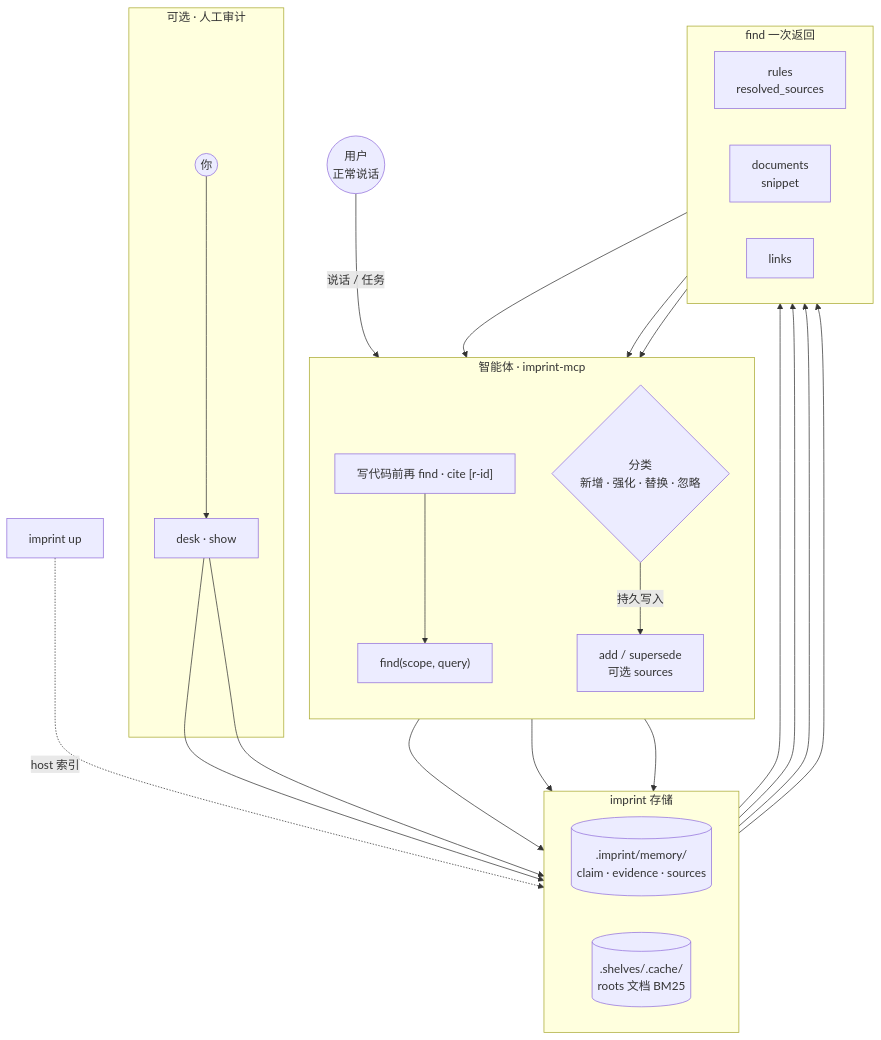
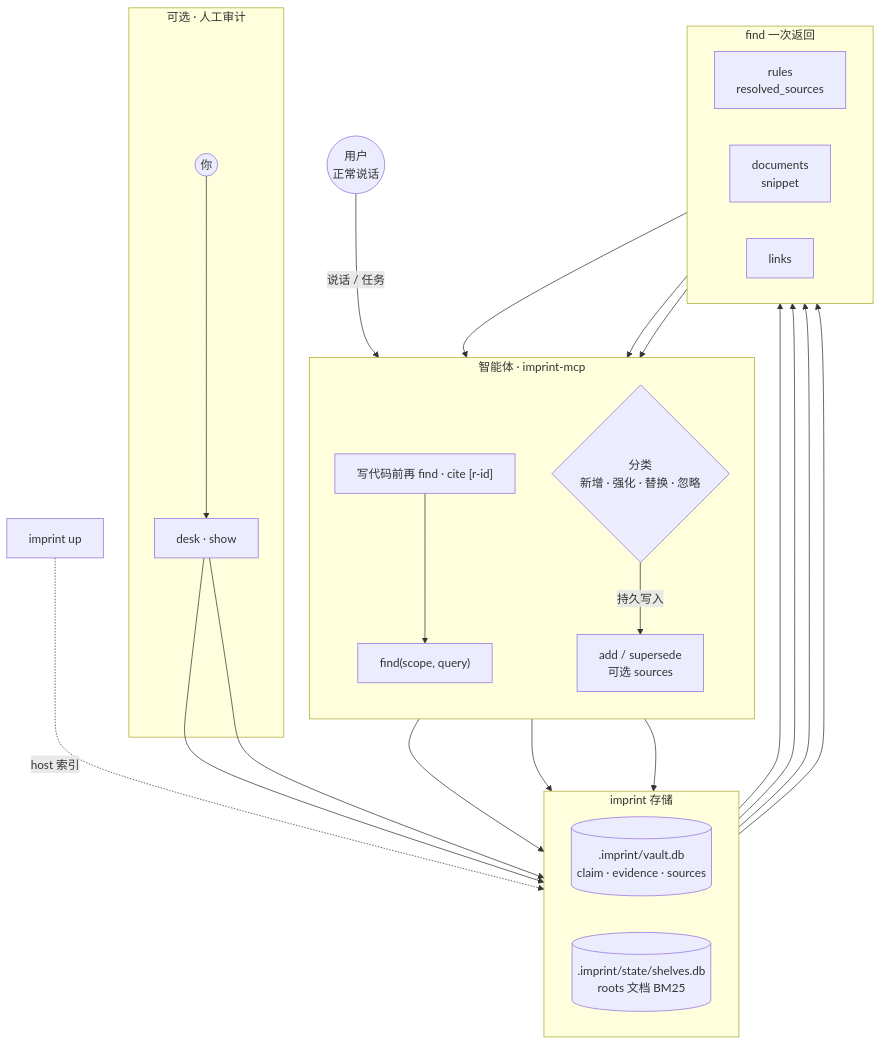
Before and after one commit to SteamedBread2333/imprint: the first of 2 diagrams in README.zh.md, drawn with Mermaid. The commit also changed other lines of this file and 41 other files, not shown here.

````diff
--- a/README.zh.md
+++ b/README.zh.md
@@ -48,45 +48,45 @@
 ```mermaid
 flowchart TB
   U((用户<br/>正常说话))
 
   subgraph Agent["智能体 · imprint-mcp"]
     direction TB
     F["find(scope, query)"]
     C{"分类<br/>新增 · 强化 · 替换 · 忽略"}
     W["add / supersede<br/>可选 sources"]
     R["写代码前再 find · cite [r-id]"]
   end
 
   subgraph Store["imprint 存储"]
     direction LR
-    Vault[(".imprint/memory/<br/>claim · evidence · sources")]
-    Shelves[(".shelves/.cache/<br/>roots 文档 BM25")]
+    Vault[(".imprint/vault.db<br/>claim · evidence · sources")]
+    Shelves[(".imprint/state/shelves.db<br/>roots 文档 BM25")]
   end
 
   subgraph FindOut["find 一次返回"]
     direction LR
     FR["rules<br/>resolved_sources"]
     FD["documents<br/>snippet"]
     FL["links"]
   end
 
   subgraph Audit["可选 · 人工审计"]
     H((你)) --> Desk["desk · show"]
   end
 
   UP["imprint up"] -.->|host 索引| Shelves
 
   U -->|说话 / 任务| Agent
   F --> Vault
   F --> Shelves
   Vault --> FR
   Shelves --> FD
   Vault --> FL
   Shelves --> FL
   FR & FD & FL --> C
   C -->|持久写入| W
   W --> Vault
   R --> F
   Desk --> Vault
   Desk --> Shelves
 ```
````
